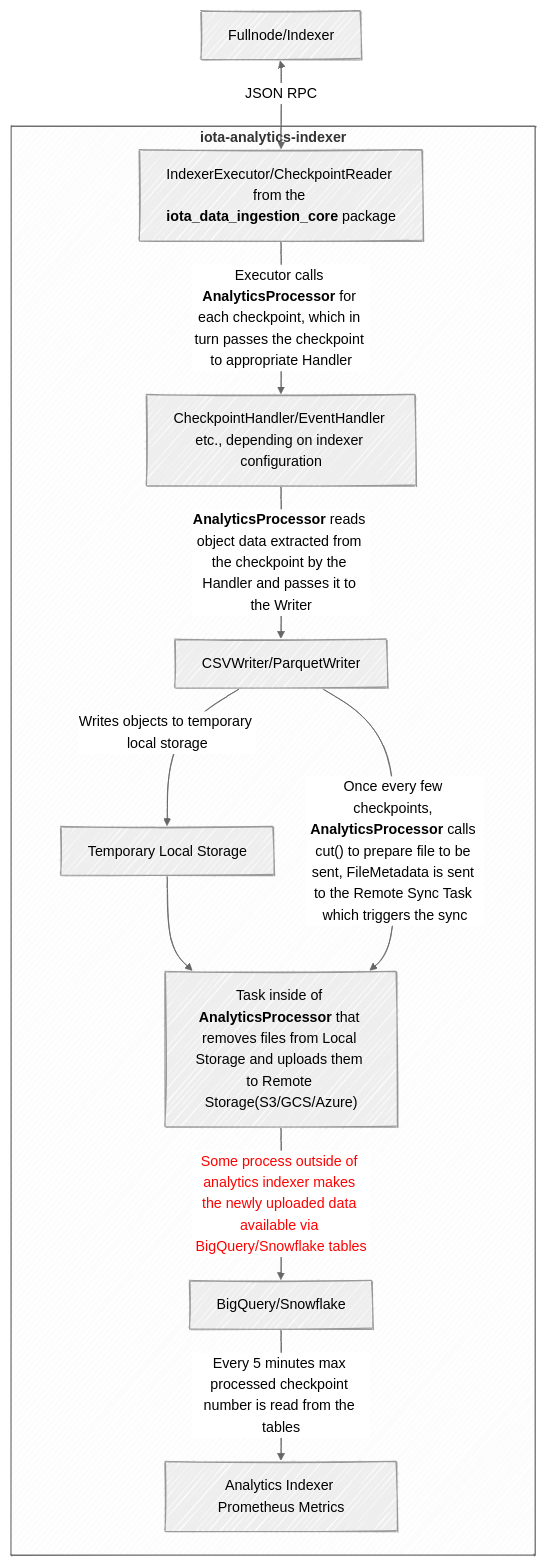
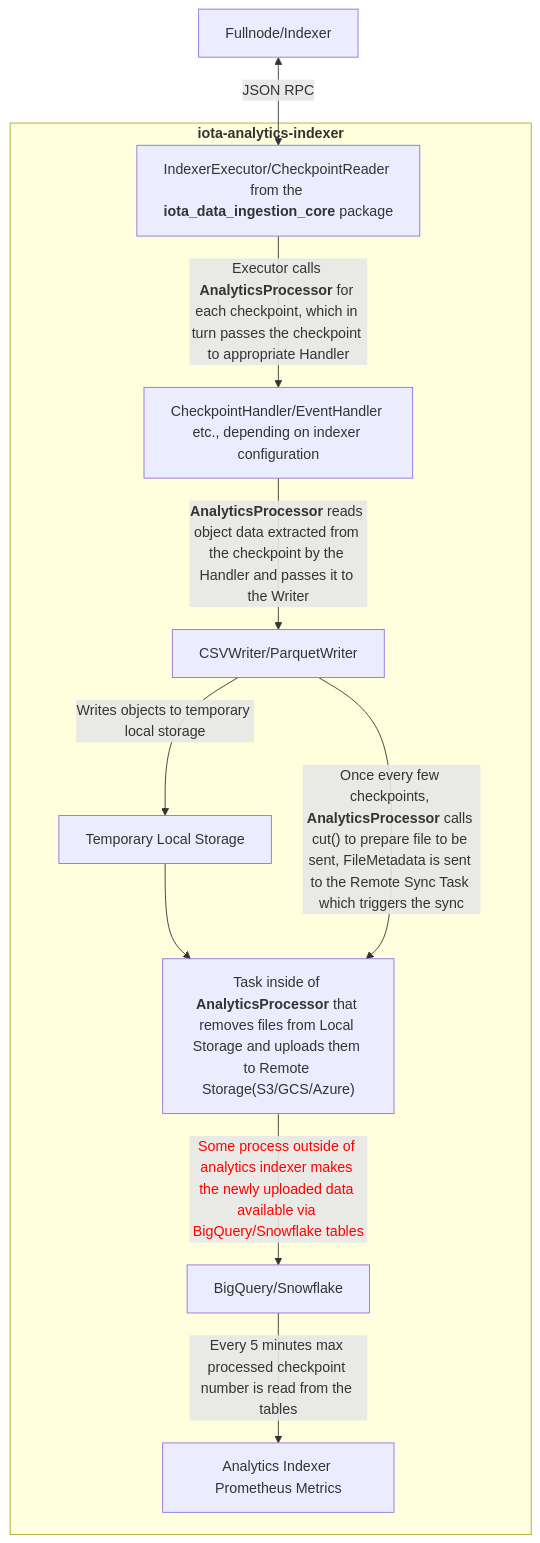
Before and after one commit to iotaledger/iota: the diagram in crates/iota-analytics-indexer/README.md, drawn with Mermaid.

Commit message:
Use standard mermaid diagram theme

````diff
--- a/crates/iota-analytics-indexer/README.md
+++ b/crates/iota-analytics-indexer/README.md
@@ -97,20 +97,15 @@
 ```mermaid
----
-config:
-  look: handDrawn
-  theme: neutral
----
 flowchart TD
     FNODE["Fullnode/Indexer"] <-->|JSON RPC| CPREADER["`IndexerExecutor/CheckpointReader from the **iota_data_ingestion_core** package`"];
     subgraph "`**iota-analytics-indexer**`"
         CPREADER -->|"`Executor calls **AnalyticsProcessor** for each checkpoint, which in turn passes the checkpoint to appropriate Handler`"| HANDLER["CheckpointHandler/EventHandler etc., depending on indexer configuration"]
         HANDLER -->|"`**AnalyticsProcessor** reads object data extracted from the checkpoint by the Handler and passes it to the Writer`"| WRITER["CSVWriter/ParquetWriter"]
         WRITER -->|Writes objects to temporary local storage| DISK[Temporary Local Storage]
         DISK --> REMOTESYNC["`Task inside of **AnalyticsProcessor** that removes files from Local Storage and uploads them to Remote Storage(S3/GCS/Azure)`"]
         WRITER -->|"`Once every few checkpoints, **AnalyticsProcessor** calls cut() to prepare file to be sent, FileMetadata is sent to the Remote Sync Task which triggers the sync`"| REMOTESYNC
         REMOTESYNC -->|Some process outside of analytics indexer makes the newly uploaded data available via BigQuery/Snowflake tables| BQSF["BigQuery/Snowflake"]
         BQSF -->|"Every 5 minutes max processed checkpoint number is read from the tables"| METRICS[Analytics Indexer Prometheus Metrics]
     end
 
 linkStyle 6 color:red;
 ```
````
